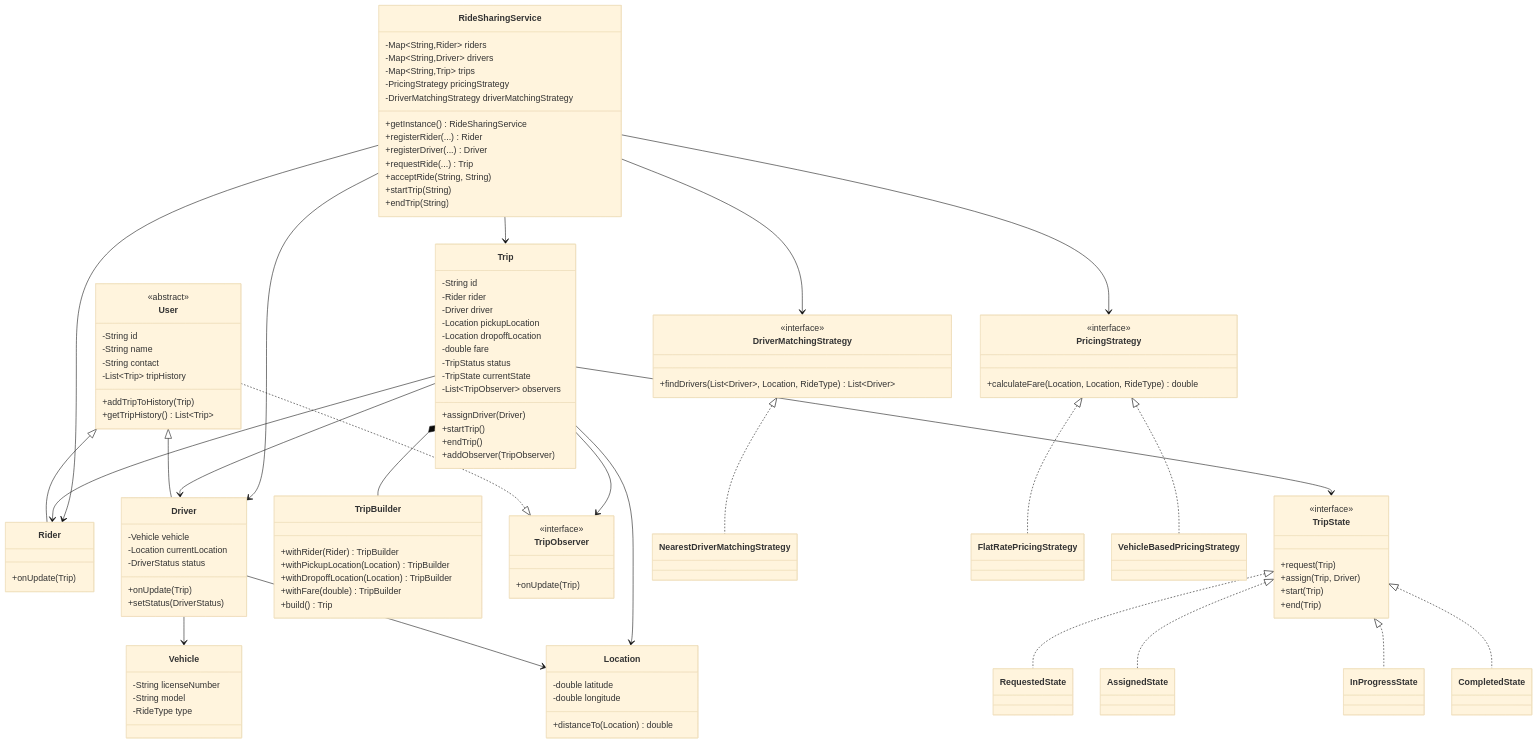
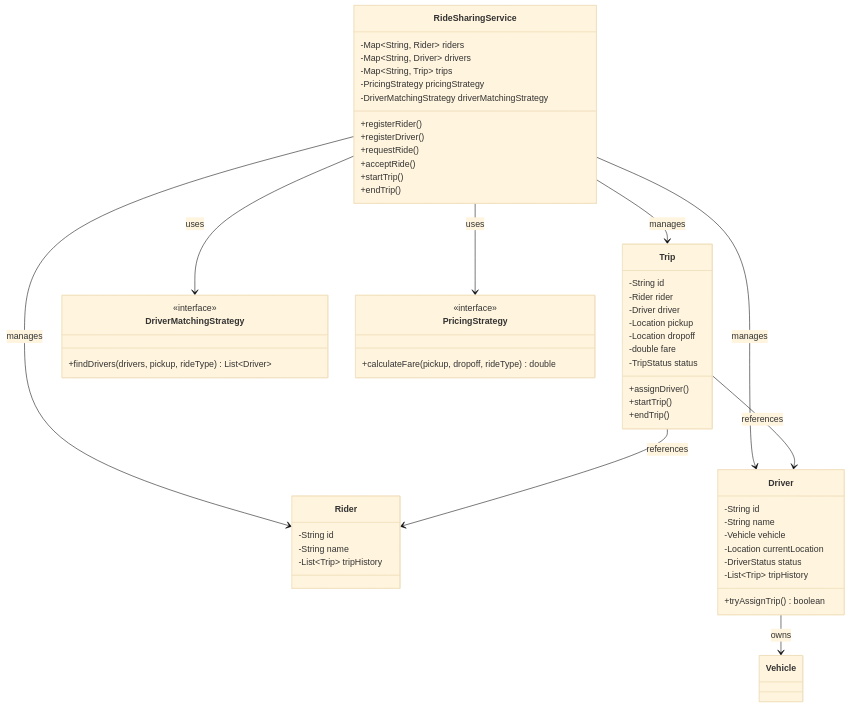
Before and after one commit to bhargavtenali/awesome-low-level-design: the first of 2 diagrams in solutions/java/src/ridesharingservice/RideSharingLLD.md, drawn with Mermaid (base theme). The commit also changed other lines of this file and 6 other files, not shown here.

````diff
--- a/solutions/java/src/ridesharingservice/RideSharingLLD.md
+++ b/solutions/java/src/ridesharingservice/RideSharingLLD.md
@@ -237,130 +66,64 @@
 ```mermaid
 classDiagram
-    class User {
-        <<abstract>>
-        -String id
-        -String name
-        -String contact
-        -List~Trip~ tripHistory
-        +addTripToHistory(Trip)
-        +getTripHistory() List~Trip~
+    class RideSharingService {
+        -Map~String, Rider~ riders
+        -Map~String, Driver~ drivers
+        -Map~String, Trip~ trips
+        -PricingStrategy pricingStrategy
+        -DriverMatchingStrategy driverMatchingStrategy
+        +registerRider()
+        +registerDriver()
+        +requestRide()
+        +acceptRide()
+        +startTrip()
+        +endTrip()
     }
 
     class Rider {
-        +onUpdate(Trip)
+        -String id
+        -String name
+        -List~Trip~ tripHistory
     }
 
     class Driver {
+        -String id
+        -String name
         -Vehicle vehicle
         -Location currentLocation
         -DriverStatus status
-        +onUpdate(Trip)
-        +setStatus(DriverStatus)
-    }
-
-    class Vehicle {
-        -String licenseNumber
-        -String model
-        -RideType type
-    }
-
-    class Location {
-        -double latitude
-        -double longitude
-        +distanceTo(Location) double
+        -List~Trip~ tripHistory
+        +tryAssignTrip() boolean
     }
 
     class Trip {
         -String id
         -Rider rider
         -Driver driver
-        -Location pickupLocation
-        -Location dropoffLocation
+        -Location pickup
+        -Location dropoff
         -double fare
         -TripStatus status
-        -TripState currentState
-        -List~TripObserver~ observers
-        +assignDriver(Driver)
+        +assignDriver()
         +startTrip()
         +endTrip()
-        +addObserver(TripObserver)
     }
-
-    class TripBuilder {
-        +withRider(Rider) TripBuilder
-        +withPickupLocation(Location) TripBuilder
-        +withDropoffLocation(Location) TripBuilder
-        +withFare(double) TripBuilder
-        +build() Trip
-    }
-
-    class TripObserver {
-        <<interface>>
-        +onUpdate(Trip)
-    }
-
-    class TripState {
-        <<interface>>
-        +request(Trip)
-        +assign(Trip, Driver)
-        +start(Trip)
-        +end(Trip)
-    }
-
-    class RequestedState
-    class AssignedState
-    class InProgressState
-    class CompletedState
 
     class DriverMatchingStrategy {
         <<interface>>
-        +findDrivers(List~Driver~, Location, RideType) List~Driver~
+        +findDrivers(drivers, pickup, rideType) List~Driver~
     }
-    class NearestDriverMatchingStrategy
 
     class PricingStrategy {
         <<interface>>
-        +calculateFare(Location, Location, RideType) double
-    }
-    class FlatRatePricingStrategy
-    class VehicleBasedPricingStrategy
-
-    class RideSharingService {
-        -Map~String,Rider~ riders
-        -Map~String,Driver~ drivers
-        -Map~String,Trip~ trips
-        -PricingStrategy pricingStrategy
-        -DriverMatchingStrategy driverMatchingStrategy
-        +getInstance() RideSharingService
-        +registerRider(...) Rider
-        +registerDriver(...) Driver
-        +requestRide(...) Trip
-        +acceptRide(String, String)
-        +startTrip(String)
-        +endTrip(String)
+        +calculateFare(pickup, dropoff, rideType) double
     }
 
-    User <|-- Rider
-    User <|-- Driver
-    User ..|> TripObserver
-    Driver --> Vehicle
-    Driver --> Location
-    Trip --> Rider
-    Trip --> Driver
-    Trip --> Location
-    Trip --> TripState
-    Trip --> TripObserver
-    Trip *-- TripBuilder
-    TripState <|.. RequestedState
-    TripState <|.. AssignedState
-    TripState <|.. InProgressState
-    TripState <|.. CompletedState
-    DriverMatchingStrategy <|.. NearestDriverMatchingStrategy
-    PricingStrategy <|.. FlatRatePricingStrategy
-    PricingStrategy <|.. VehicleBasedPricingStrategy
-    RideSharingService --> PricingStrategy
-    RideSharingService --> DriverMatchingStrategy
-    RideSharingService --> Trip
-    RideSharingService --> Rider
-    RideSharingService --> Driver
+    RideSharingService --> Rider : manages
+    RideSharingService --> Driver : manages
+    RideSharingService --> Trip : manages
+    RideSharingService --> DriverMatchingStrategy : uses
+    RideSharingService --> PricingStrategy : uses
+    Trip --> Rider : references
+    Trip --> Driver : references
+    Driver --> Vehicle : owns
 ```
````
